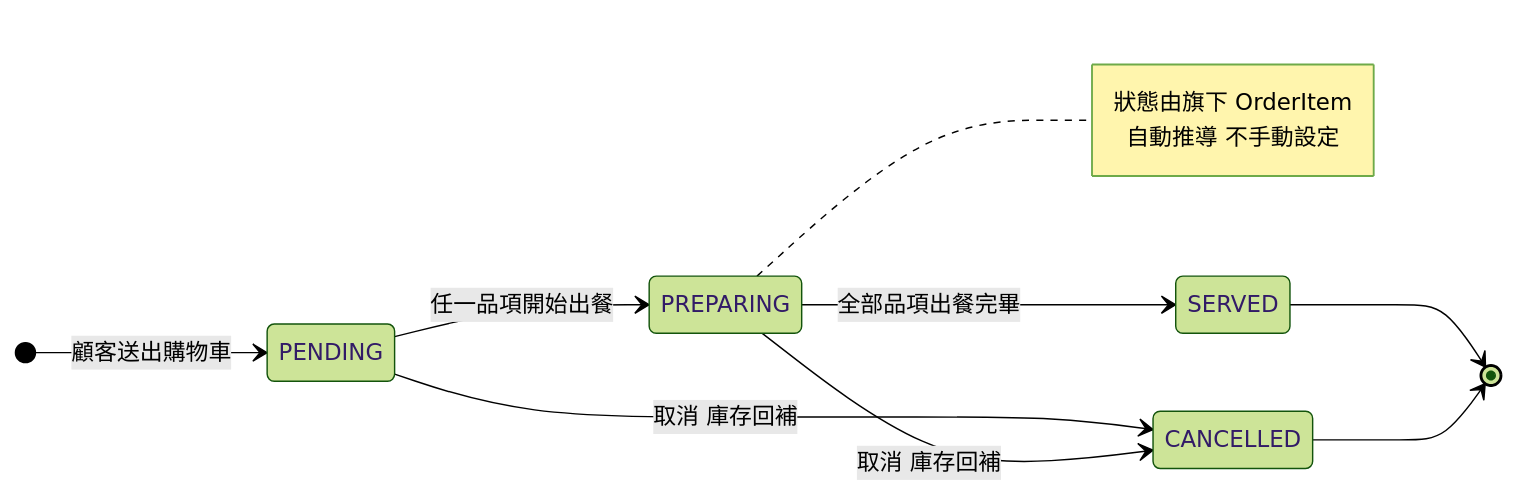
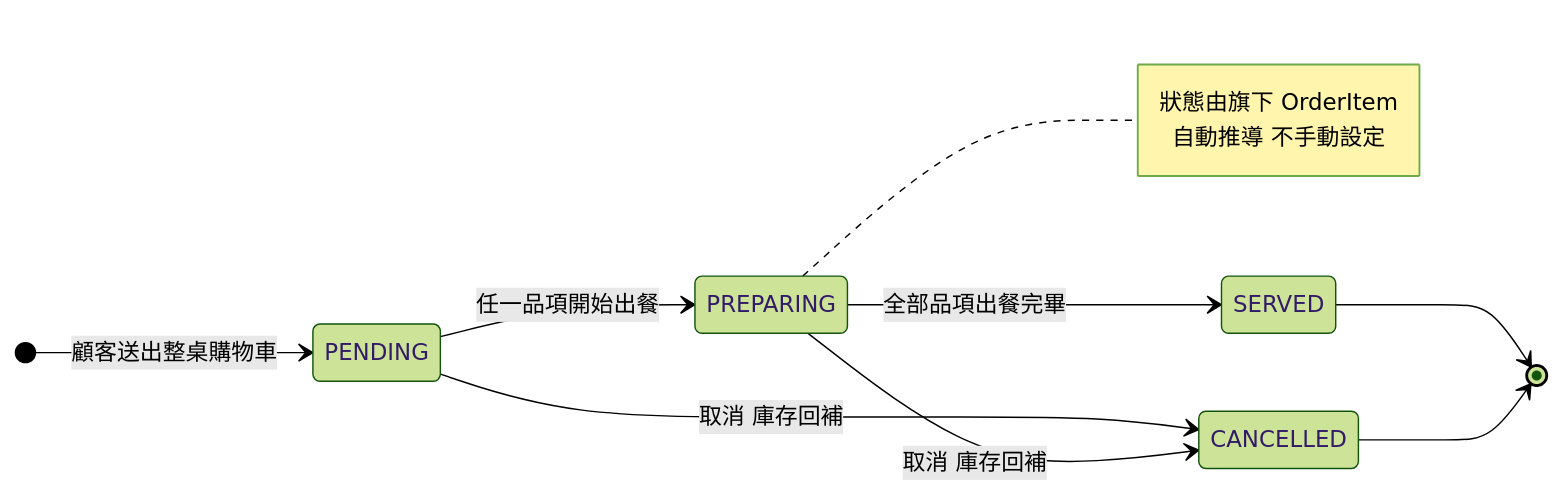
Before and after one commit to harry-wann/smart-order: the eighth of 16 diagrams in docs/spec/06-圖表總覽.md, drawn with Mermaid (forest theme). The commit also changed other lines of this file and 80 other files, not shown here.

````diff
--- a/docs/spec/06-圖表總覽.md
+++ b/docs/spec/06-圖表總覽.md
@@ -610,16 +650,16 @@
 ```mermaid
 stateDiagram-v2
     direction LR
-    [*] --> PENDING : 顧客送出購物車
+    [*] --> PENDING : 顧客送出整桌購物車
     PENDING --> PREPARING : 任一品項開始出餐
     PREPARING --> SERVED : 全部品項出餐完畢
     PENDING --> CANCELLED : 取消 庫存回補
     PREPARING --> CANCELLED : 取消 庫存回補
     SERVED --> [*]
     CANCELLED --> [*]
 
     note right of PREPARING
         狀態由旗下 OrderItem
         自動推導 不手動設定
     end note
 ```
````
